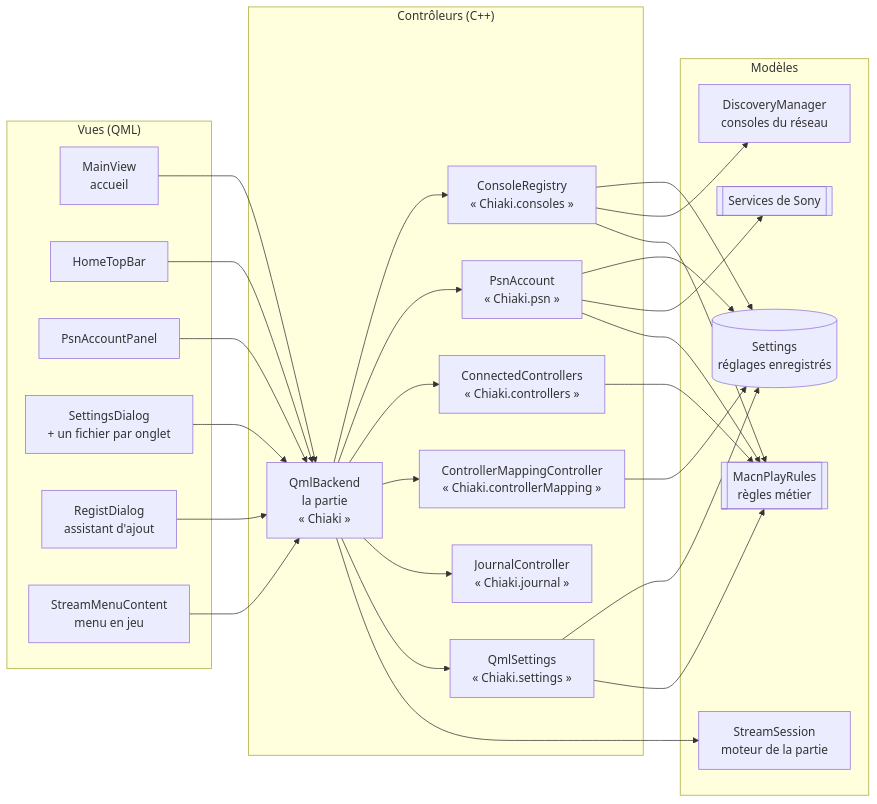
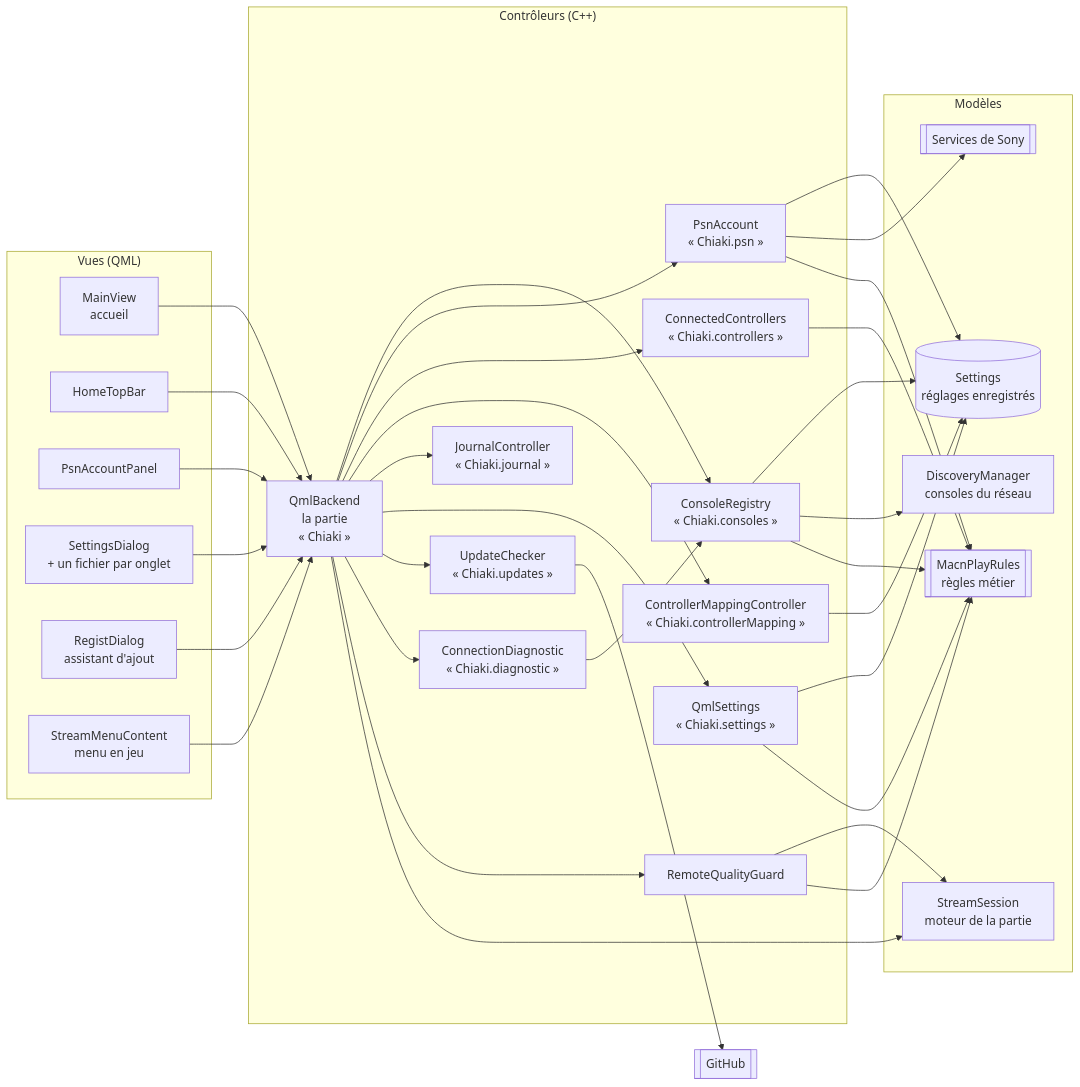
Before and after one commit to Fr0gzilla/Mac-n-Play: the diagram in ARCHITECTURE.md, drawn with Mermaid. The commit also changed other lines of this file and 8 other files, not shown here.

````diff
--- a/ARCHITECTURE.md
+++ b/ARCHITECTURE.md
@@ -16,40 +16,47 @@
 ```mermaid
 flowchart LR
     subgraph Vues["Vues (QML)"]
         MV[MainView<br/>accueil]
         TB[HomeTopBar]
         PP[PsnAccountPanel]
         SD[SettingsDialog<br/>+ un fichier par onglet]
         RD[RegistDialog<br/>assistant d'ajout]
         SM[StreamMenuContent<br/>menu en jeu]
     end
 
     subgraph Controleurs["Contrôleurs (C++)"]
         QB[QmlBackend<br/>la partie<br/>« Chiaki »]
         CR[ConsoleRegistry<br/>« Chiaki.consoles »]
         PA[PsnAccount<br/>« Chiaki.psn »]
         CC[ConnectedControllers<br/>« Chiaki.controllers »]
         CM[ControllerMappingController<br/>« Chiaki.controllerMapping »]
         JC[JournalController<br/>« Chiaki.journal »]
+        UC[UpdateChecker<br/>« Chiaki.updates »]
+        CD[ConnectionDiagnostic<br/>« Chiaki.diagnostic »]
+        RQ[RemoteQualityGuard]
         QS[QmlSettings<br/>« Chiaki.settings »]
     end
 
     subgraph Modeles["Modèles"]
         ST[(Settings<br/>réglages enregistrés)]
         DM[DiscoveryManager<br/>consoles du réseau]
         SS[StreamSession<br/>moteur de la partie]
         SONY[[Services de Sony]]
         RU[[MacnPlayRules<br/>règles métier]]
     end
 
     MV & TB & PP & SD & RD & SM --> QB
-    QB --> CR & PA & CC & CM & JC & QS
+    QB --> CR & PA & CC & CM & JC & QS & UC & CD & RQ
+    UC --> GH[[GitHub]]
+    CD --> CR
+    RQ --> SS
+    RQ --> RU
     CR --> ST & DM
     CR --> RU
     PA --> ST & SONY
     PA --> RU
     QS --> ST & RU
     CC --> RU
     CM --> ST
     QB --> SS
 ```
````
